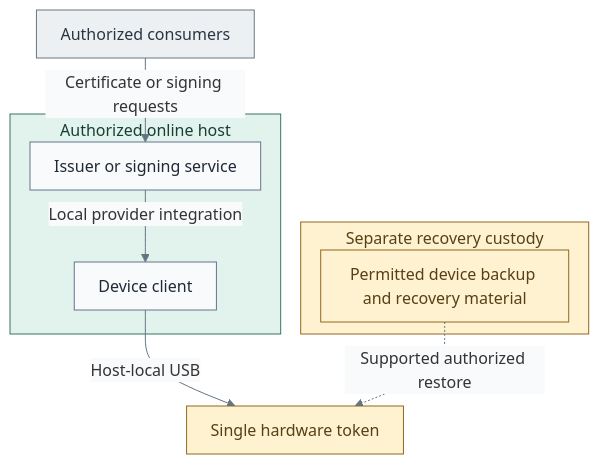
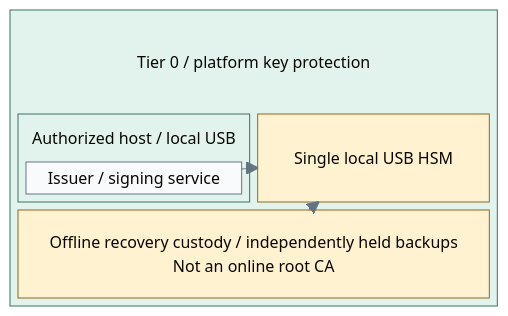
Before and after one commit to Rexus/homelab: the second of 4 diagrams in docs/architecture/cryptography/hsm-selection.md, drawn with Mermaid. The commit also changed other lines of this file and 22 other files, not shown here.

Commit message:
docs(diagrams): clarify tier boundaries and deployment layouts

````diff
--- a/docs/architecture/cryptography/hsm-selection.md
+++ b/docs/architecture/cryptography/hsm-selection.md
@@ -76,20 +82,25 @@
 ```mermaid
 %%{init: {"theme":"base","flowchart":{"nodeSpacing":20,"rankSpacing":24,"padding":12,"subGraphTitleMargin":{"top":4,"bottom":12}},"themeVariables":{"lineColor":"#627581","edgeLabelBackground":"#f8fafc"}}}%%
-flowchart TB
-  Consumers["Authorized consumers"] -->|Certificate or signing requests| Service
-  subgraph Host["Authorized online host"]
-    Service["Issuer or signing service"] -->|Local provider integration| Client["Device client"]
+block-beta
+  columns 1
+  block:T0
+    columns 2
+    T0Title["Tier 0 / platform key protection"]:2
+    block:Host
+      columns 1
+      HostTitle["Authorized host / local USB"]
+      Service["Issuer / signing service"]
+    end
+    Provider["Single local USB HSM"]
+    Recovery["Offline recovery custody / independently held backups<br/>Not an online root CA"]:2
   end
-  Client -->|Host-local USB| Token["Single hardware token"]
-  subgraph Custody["Separate recovery custody"]
-    Recovery["Permitted device backup and recovery material"]
-  end
-  Recovery -. "Supported authorized restore" .-> Token
+  Service --> Provider
+  Recovery -.-> Provider
   classDef default fill:#f8fafc,stroke:#64748b,color:#1f2937
-  classDef actor fill:#edf0f3,stroke:#697682,color:#293642
   classDef control fill:#e2f3ed,stroke:#397366,color:#173f36
+  classDef controlHeading fill:#e2f3ed,stroke:#e2f3ed,color:#173f36
   classDef custody fill:#fff2d1,stroke:#926820,color:#584013
-  class Consumers actor
-  class Host control
-  class Custody,Recovery,Token custody
+  class T0,Host control
+  class T0Title,HostTitle controlHeading
+  class Provider,Recovery custody
 ```
````
